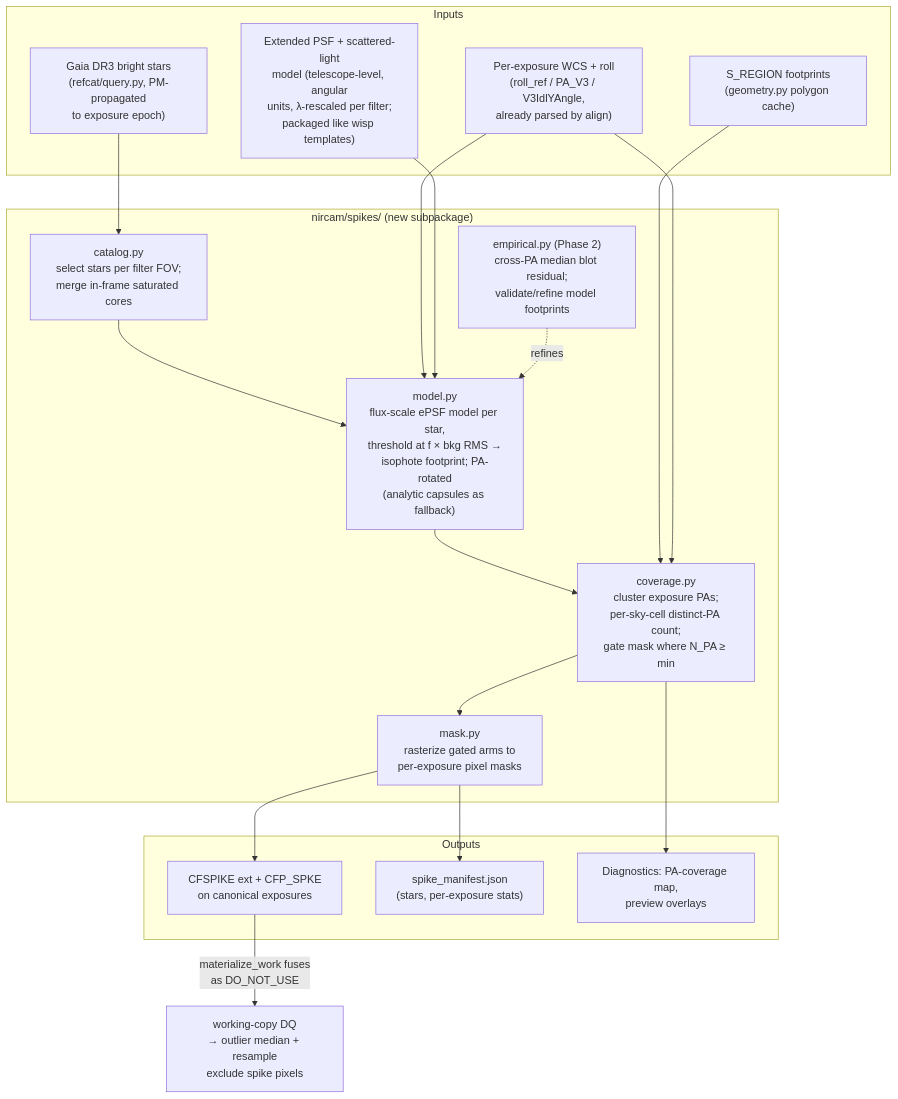
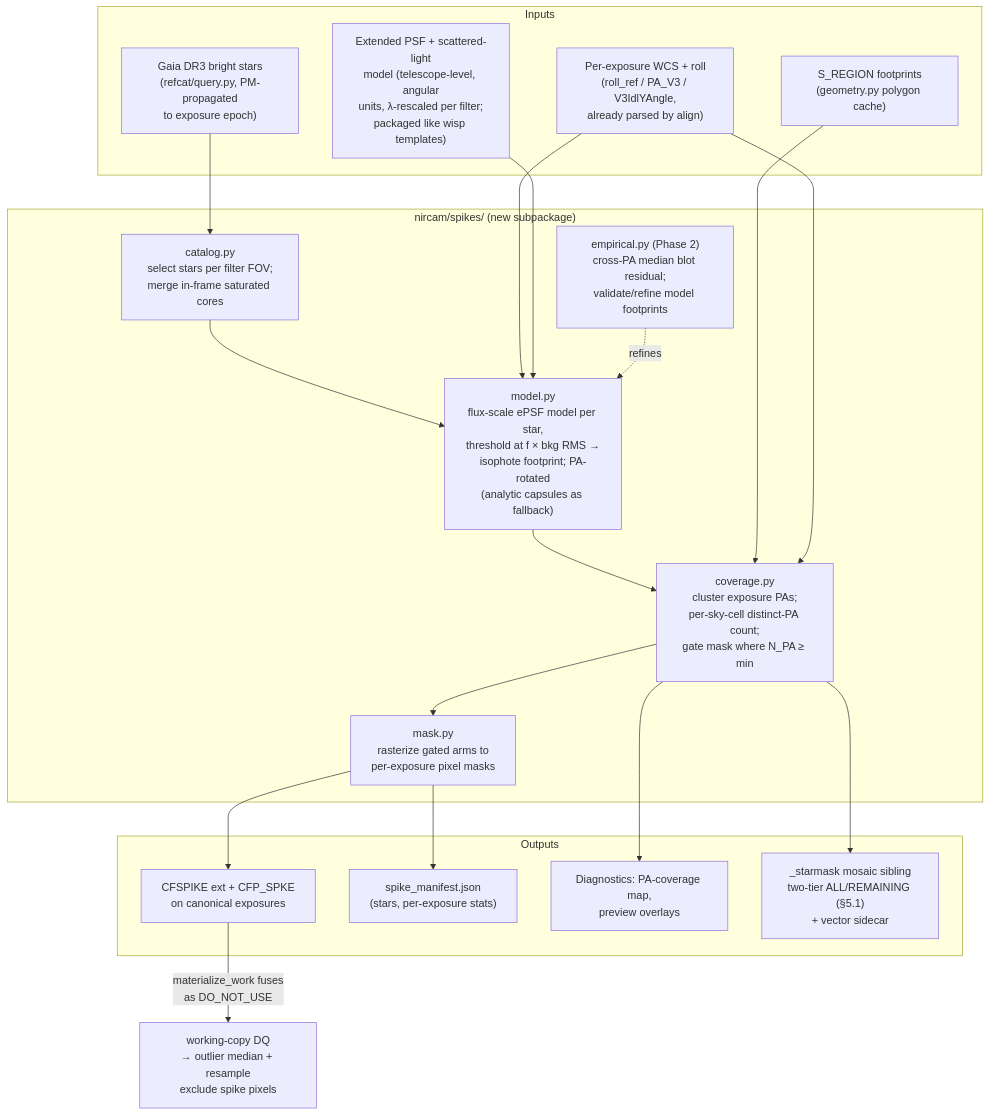
Before and after one commit to hollisakins/campfire: the second of 5 diagrams in docs/design-nircam-spike-masking.md, drawn with Mermaid. The commit also changed other lines of this file, not shown here.

First line of the commit message:
Spike masking design: two-tier star-mask export as a sibling mosaic product

````diff
--- a/docs/design-nircam-spike-masking.md
+++ b/docs/design-nircam-spike-masking.md
@@ -144,35 +144,37 @@
 ```mermaid
 flowchart TB
     subgraph inputs [Inputs]
         gaia["Gaia DR3 bright stars<br/>(refcat/query.py, PM-propagated<br/>to exposure epoch)"]
         hdrs["Per-exposure WCS + roll<br/>(roll_ref / PA_V3 / V3IdlYAngle,<br/>already parsed by align)"]
         sreg["S_REGION footprints<br/>(geometry.py polygon cache)"]
         tmpl["Extended PSF + scattered-light<br/>model (telescope-level, angular<br/>units, λ-rescaled per filter;<br/>packaged like wisp templates)"]
     end
 
     subgraph spikes ["nircam/spikes/ (new subpackage)"]
         cat["catalog.py<br/>select stars per filter FOV;<br/>merge in-frame saturated cores"]
         geom["model.py<br/>flux-scale ePSF model per star,<br/>threshold at f × bkg RMS →<br/>isophote footprint; PA-rotated<br/>(analytic capsules as fallback)"]
         cov["coverage.py<br/>cluster exposure PAs;<br/>per-sky-cell distinct-PA count;<br/>gate mask where N_PA ≥ min"]
         rast["mask.py<br/>rasterize gated arms to<br/>per-exposure pixel masks"]
         emp["empirical.py (Phase 2)<br/>cross-PA median blot residual;<br/>validate/refine model footprints"]
     end
 
     subgraph outputs [Outputs]
         cfspike["CFSPIKE ext + CFP_SPKE<br/>on canonical exposures"]
         man["spike_manifest.json<br/>(stars, per-exposure stats)"]
         diag2["Diagnostics: PA-coverage map,<br/>preview overlays"]
+        stm["_starmask mosaic sibling<br/>two-tier ALL/REMAINING (§5.1)<br/>+ vector sidecar"]
     end
 
     gaia --> cat --> geom
     hdrs --> geom
     tmpl --> geom
     geom --> cov
     sreg --> cov
     hdrs --> cov
     cov --> rast --> cfspike
     rast --> man
     cov --> diag2
+    cov --> stm
     emp -.refines.-> geom
     cfspike -->|"materialize_work fuses<br/>as DO_NOT_USE"| dq["working-copy DQ<br/>→ outlier median + resample<br/>exclude spike pixels"]
 ```
````
